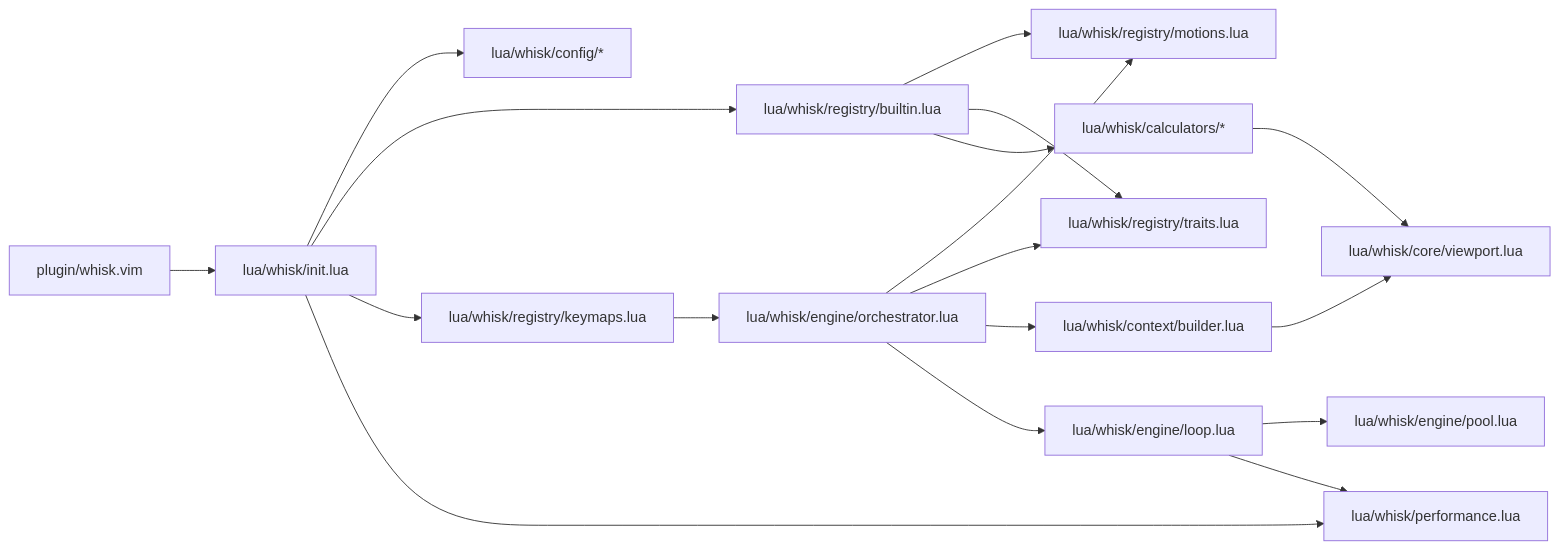
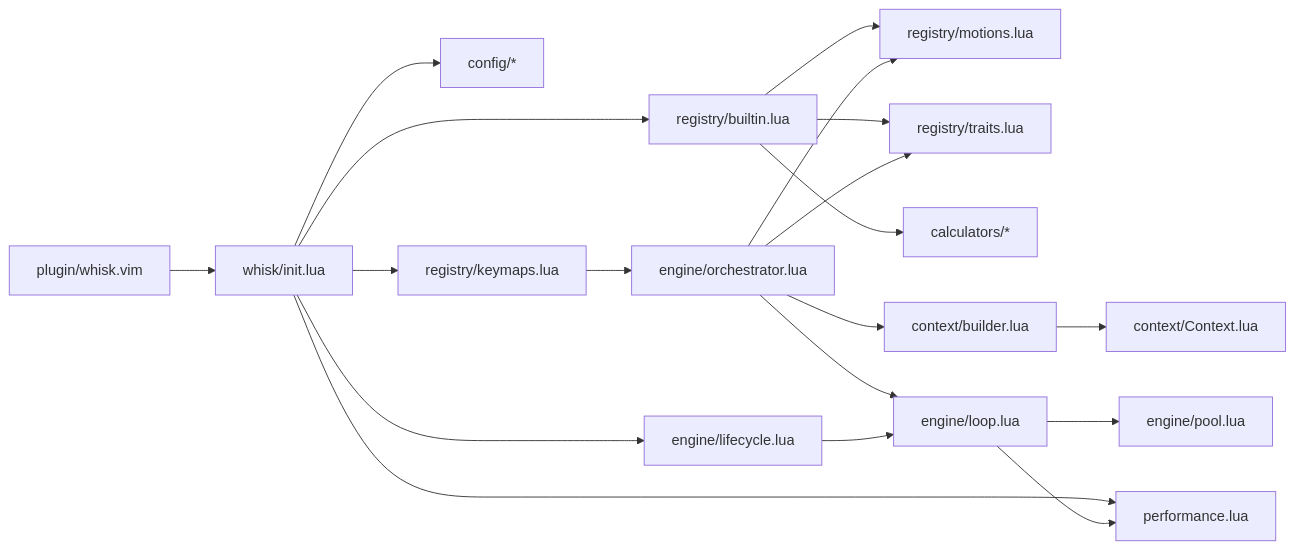
One commit to josstei/whisk.nvim changed the second of 2 diagrams in docs/ARCHITECTURE.md. Above: the diagram before and after it, drawn with Mermaid. The commit also changed other lines of this file and 1 other file, not shown here.

First line of the commit message:
docs: rewrite USAGE.md and ARCHITECTURE.md for accuracy

````diff
--- a/docs/ARCHITECTURE.md
+++ b/docs/ARCHITECTURE.md
@@ -34,23 +92,24 @@
 ```mermaid
 flowchart LR
-  plugin[plugin/whisk.vim] --> init[lua/whisk/init.lua]
-  init --> config[lua/whisk/config/*]
-  init --> builtin[lua/whisk/registry/builtin.lua]
-  init --> keymaps[lua/whisk/registry/keymaps.lua]
-  init --> performance[lua/whisk/performance.lua]
+  plugin[plugin/whisk.vim] --> init[whisk/init.lua]
+  init --> config[config/*]
+  init --> builtin[registry/builtin.lua]
+  init --> keymaps_reg[registry/keymaps.lua]
+  init --> perf[performance.lua]
+  init --> lifecycle[engine/lifecycle.lua]
 
-  builtin --> motions[lua/whisk/registry/motions.lua]
-  builtin --> traits[lua/whisk/registry/traits.lua]
-  builtin --> calculators[lua/whisk/calculators/*]
+  builtin --> motions[registry/motions.lua]
+  builtin --> traits_reg[registry/traits.lua]
+  builtin --> calcs[calculators/*]
 
-  keymaps --> orchestrator[lua/whisk/engine/orchestrator.lua]
-  orchestrator --> motions
-  orchestrator --> traits
-  orchestrator --> context[lua/whisk/context/builder.lua]
-  orchestrator --> loop[lua/whisk/engine/loop.lua]
+  keymaps_reg --> orch[engine/orchestrator.lua]
+  orch --> motions
+  orch --> traits_reg
+  orch --> builder[context/builder.lua]
+  orch --> loop[engine/loop.lua]
 
-  context --> viewport[lua/whisk/core/viewport.lua]
-  calculators --> viewport
-  loop --> pool[lua/whisk/engine/pool.lua]
-  loop --> performance
+  builder --> ctx[context/Context.lua]
+  loop --> pool[engine/pool.lua]
+  loop --> perf
+  lifecycle --> loop
 ```
````
